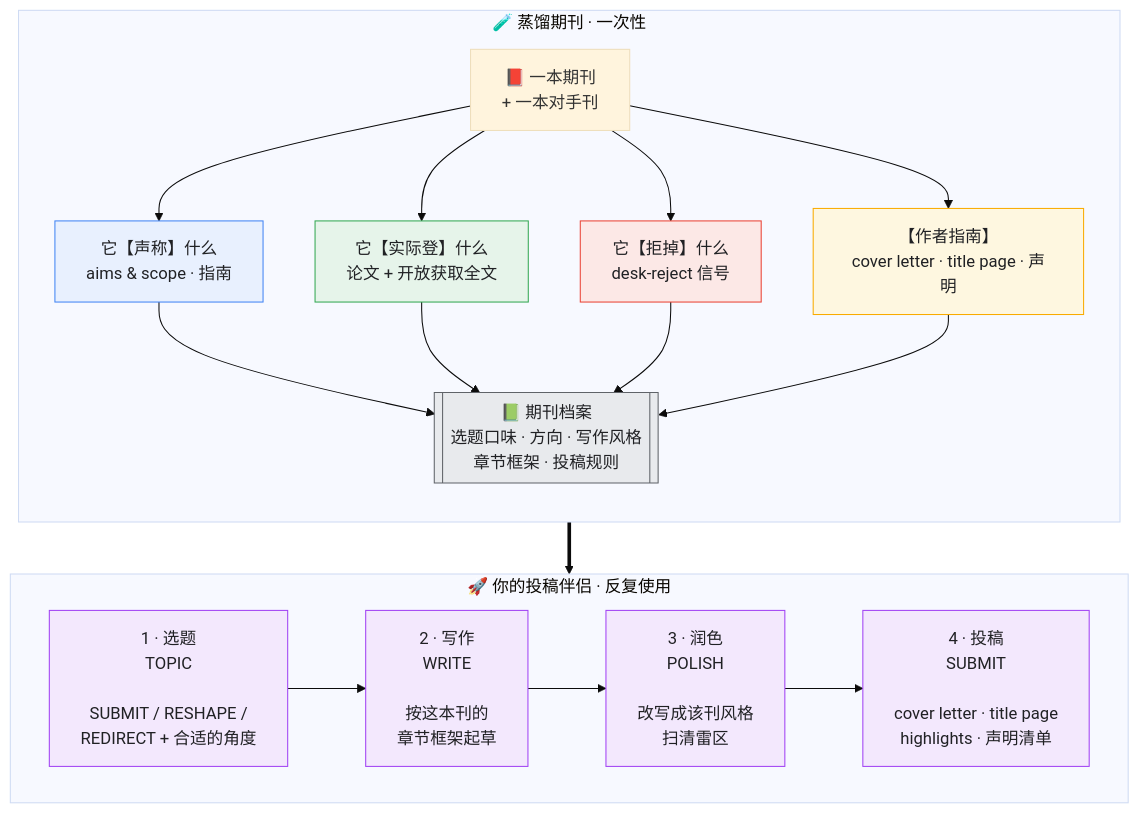
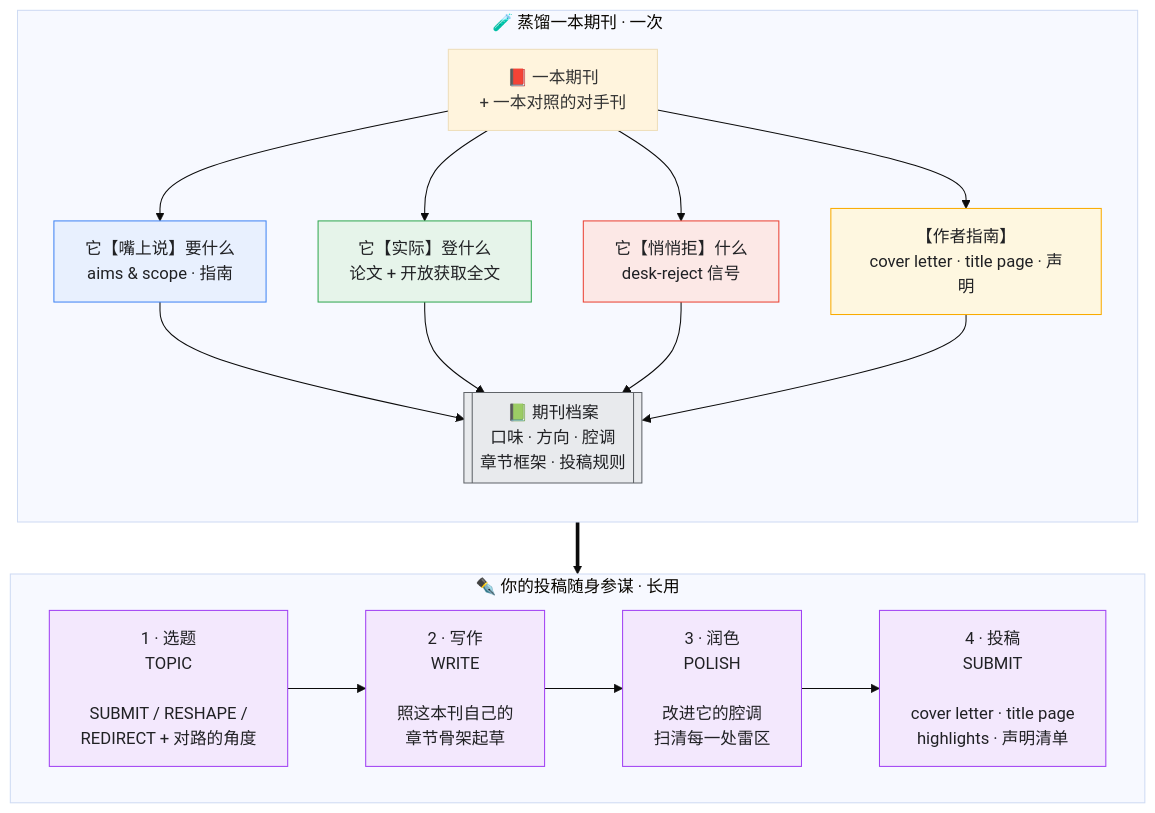
One commit to Youn-17/journal-compass changed the diagram in README_zh.md. Above: the diagram before and after it, drawn with Mermaid (base theme). The commit also changed other lines of this file and 4 other files, not shown here.

````diff
--- a/README_zh.md
+++ b/README_zh.md
@@ -19,38 +27,38 @@
 ```mermaid
 flowchart TB
-    subgraph DISTILL["🧪 蒸馏期刊 · 一次性"]
+    subgraph DISTILL["🧪 蒸馏一本期刊 · 一次"]
       direction TB
-      J["📕 一本期刊<br/>+ 一本对手刊"]
-      R1["它【声称】什么<br/>aims &amp; scope · 指南"]:::say
-      R2["它【实际登】什么<br/>论文 + 开放获取全文"]:::pub
-      R3["它【拒掉】什么<br/>desk-reject 信号"]:::rej
+      J["📕 一本期刊<br/>+ 一本对照的对手刊"]
+      R1["它【嘴上说】要什么<br/>aims &amp; scope · 指南"]:::say
+      R2["它【实际】登什么<br/>论文 + 开放获取全文"]:::pub
+      R3["它【悄悄拒】什么<br/>desk-reject 信号"]:::rej
       R4["【作者指南】<br/>cover letter · title page · 声明"]:::gd
-      P[["📗 期刊档案<br/>选题口味 · 方向 · 写作风格<br/>章节框架 · 投稿规则"]]:::profile
+      P[["📗 期刊档案<br/>口味 · 方向 · 腔调<br/>章节框架 · 投稿规则"]]:::profile
       J --> R1
       J --> R2
       J --> R3
       J --> R4
       R1 --> P
       R2 --> P
       R3 --> P
       R4 --> P
     end
 
     P ==> COMP
 
-    subgraph COMP["🚀 你的投稿伴侣 · 反复使用"]
+    subgraph COMP["✒️ 你的投稿随身参谋 · 长用"]
       direction LR
-      S1["1 · 选题<br/>TOPIC<br/><br/>SUBMIT / RESHAPE /<br/>REDIRECT + 合适的角度"]:::step
-      S2["2 · 写作<br/>WRITE<br/><br/>按这本刊的<br/>章节框架起草"]:::step
-      S3["3 · 润色<br/>POLISH<br/><br/>改写成该刊风格<br/>扫清雷区"]:::step
+      S1["1 · 选题<br/>TOPIC<br/><br/>SUBMIT / RESHAPE /<br/>REDIRECT + 对路的角度"]:::step
+      S2["2 · 写作<br/>WRITE<br/><br/>照这本刊自己的<br/>章节骨架起草"]:::step
+      S3["3 · 润色<br/>POLISH<br/><br/>改进它的腔调<br/>扫清每一处雷区"]:::step
       S4["4 · 投稿<br/>SUBMIT<br/><br/>cover letter · title page<br/>highlights · 声明清单"]:::step
       S1 --> S2 --> S3 --> S4
     end
 
     classDef say fill:#e8f0fe,stroke:#4285f4,color:#202124;
     classDef pub fill:#e6f4ea,stroke:#34a853,color:#202124;
     classDef rej fill:#fce8e6,stroke:#ea4335,color:#202124;
     classDef gd fill:#fef7e0,stroke:#f9ab00,color:#202124;
     classDef profile fill:#e8eaed,stroke:#5f6368,color:#202124;
     classDef step fill:#f3e8fd,stroke:#a142f4,color:#202124;
 ```
````
